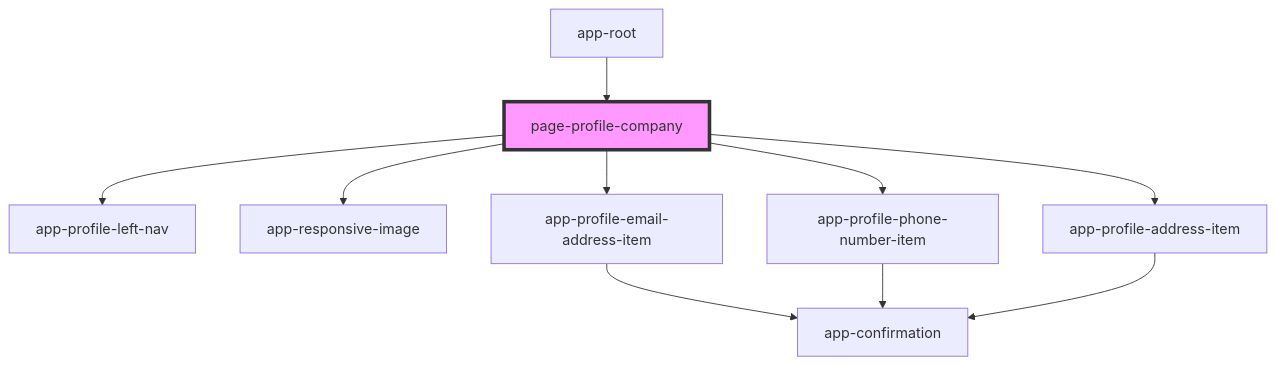
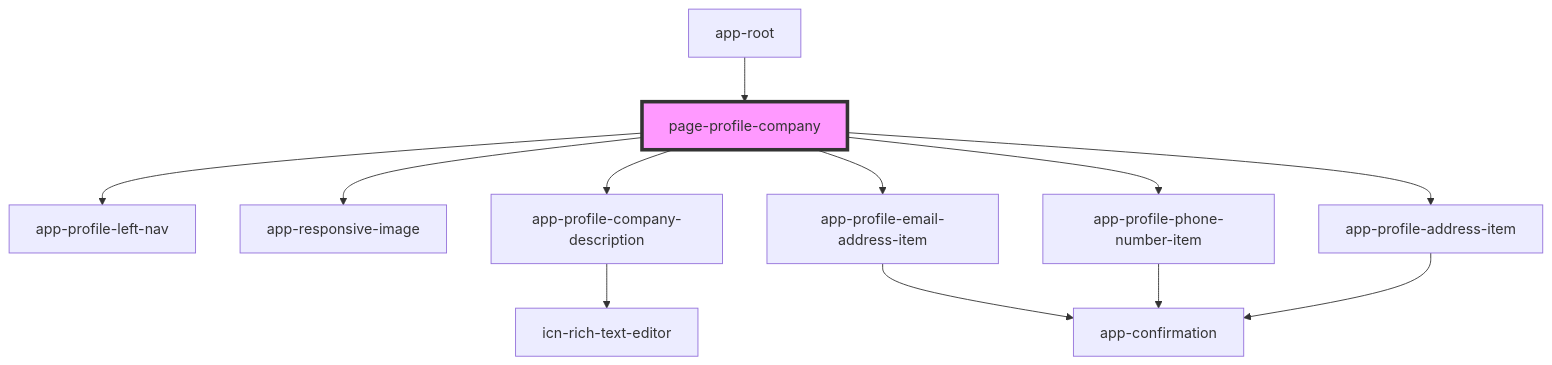
One commit to lokheed/IconEventNetwork.Web changed the diagram in iconeventnetwork-web/src/components/pages/page-profile-company/readme.md. Above: the diagram before and after it, drawn with Mermaid. The commit also changed other lines of this file and 10 other files, not shown here.

````diff
--- a/iconeventnetwork-web/src/components/pages/page-profile-company/readme.md
+++ b/iconeventnetwork-web/src/components/pages/page-profile-company/readme.md
@@ -30,13 +31,15 @@
 ```mermaid
 graph TD;
   page-profile-company --> app-profile-left-nav
   page-profile-company --> app-responsive-image
+  page-profile-company --> app-profile-company-description
   page-profile-company --> app-profile-email-address-item
   page-profile-company --> app-profile-phone-number-item
   page-profile-company --> app-profile-address-item
+  app-profile-company-description --> icn-rich-text-editor
   app-profile-email-address-item --> app-confirmation
   app-profile-phone-number-item --> app-confirmation
   app-profile-address-item --> app-confirmation
   app-root --> page-profile-company
   style page-profile-company fill:#f9f,stroke:#333,stroke-width:4px
 ```
````
